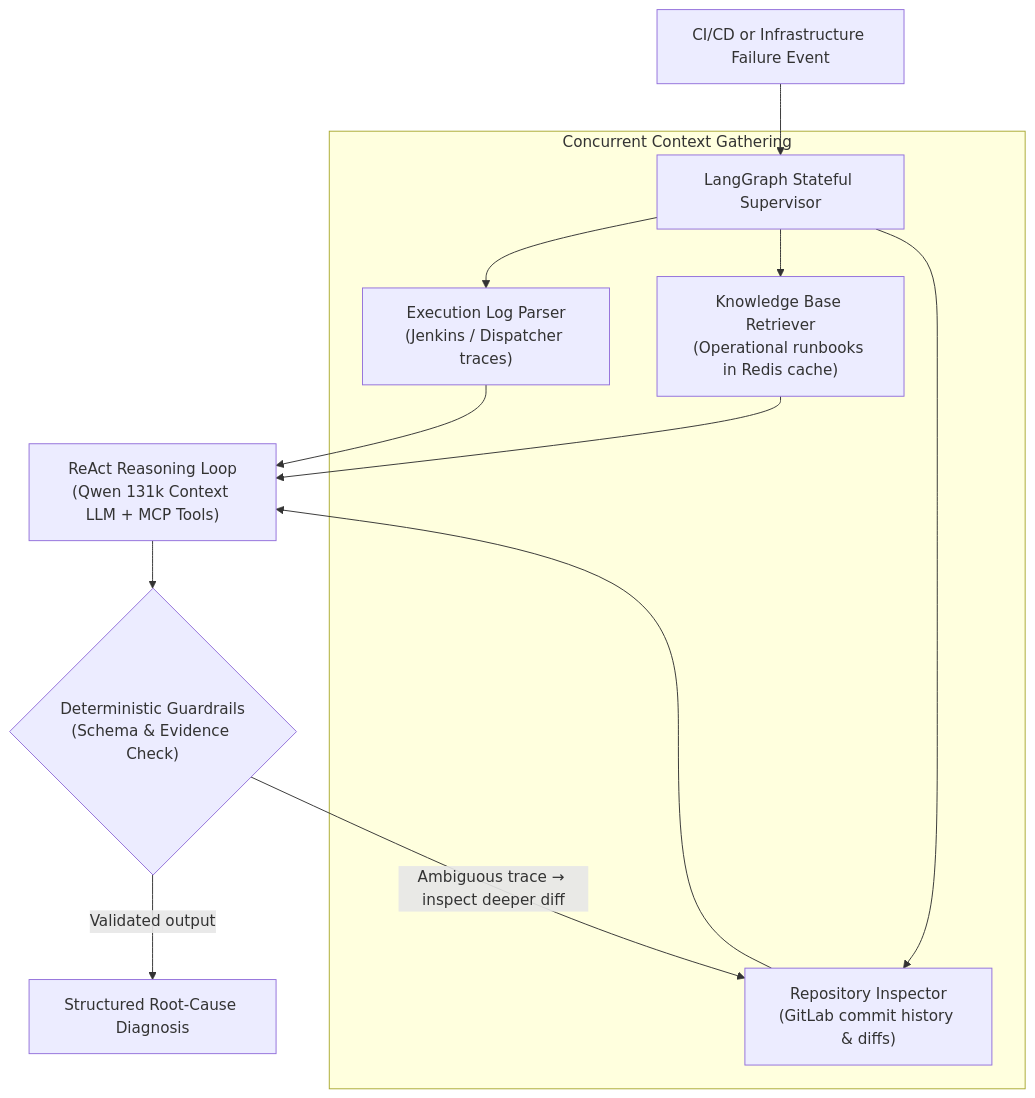
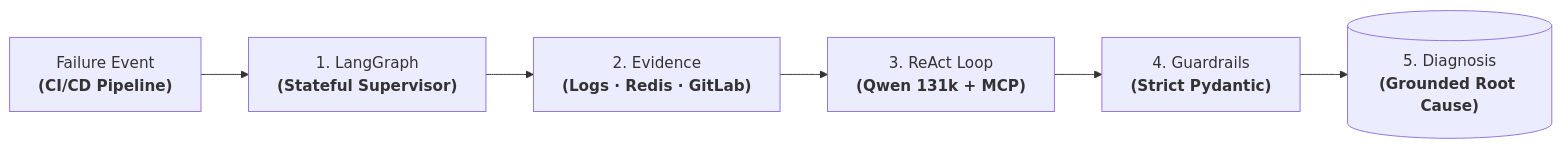
One commit to oredondo/oredondo.github.io changed the diagram in docs/projects/orion-ai.md. Above: the diagram before and after it, drawn with Mermaid. The commit also changed other lines of this file and 5 other files, not shown here.

Commit message:
refactor(projects): replace all cluttered subgraphs with clean linear pipeline flowcharts and structured execution tables across all case studies

````diff
--- a/docs/projects/orion-ai.md
+++ b/docs/projects/orion-ai.md
@@ -36,17 +38,8 @@
 ```mermaid
-flowchart TD
-    Trigger["CI/CD or Infrastructure Failure Event"] --> Orchestrator["LangGraph Stateful Supervisor"]
-
-    subgraph ParallelEvidence["Concurrent Context Gathering"]
-        Orchestrator --> LogNode["Execution Log Parser<br/>(Jenkins / Dispatcher traces)"]
-        Orchestrator --> DocNode["Knowledge Base Retriever<br/>(Operational runbooks in Redis cache)"]
-        Orchestrator --> GitNode["Repository Inspector<br/>(GitLab commit history & diffs)"]
-    end
-
-    LogNode & DocNode & GitNode --> ReAct["ReAct Reasoning Loop<br/>(Qwen 131k Context LLM + MCP Tools)"]
-
-    Guardrails{"Deterministic Guardrails<br/>(Schema & Evidence Check)"}
-    ReAct --> Guardrails
-    Guardrails -- "Ambiguous trace → inspect deeper diff" --> GitNode
-    Guardrails -- "Validated output" --> Report["Structured Root-Cause Diagnosis"]
+flowchart LR
+    Fail["Failure Event<br/><b>(CI/CD Pipeline)</b>"] --> Sup["1. LangGraph<br/><b>(Stateful Supervisor)</b>"]
+    Sup --> Evid["2. Evidence<br/><b>(Logs · Redis · GitLab)</b>"]
+    Evid --> ReAct["3. ReAct Loop<br/><b>(Qwen 131k + MCP)</b>"]
+    ReAct --> Guard["4. Guardrails<br/><b>(Strict Pydantic)</b>"]
+    Guard --> Report[("5. Diagnosis<br/><b>(Grounded Root Cause)</b>")]
 ```
````
